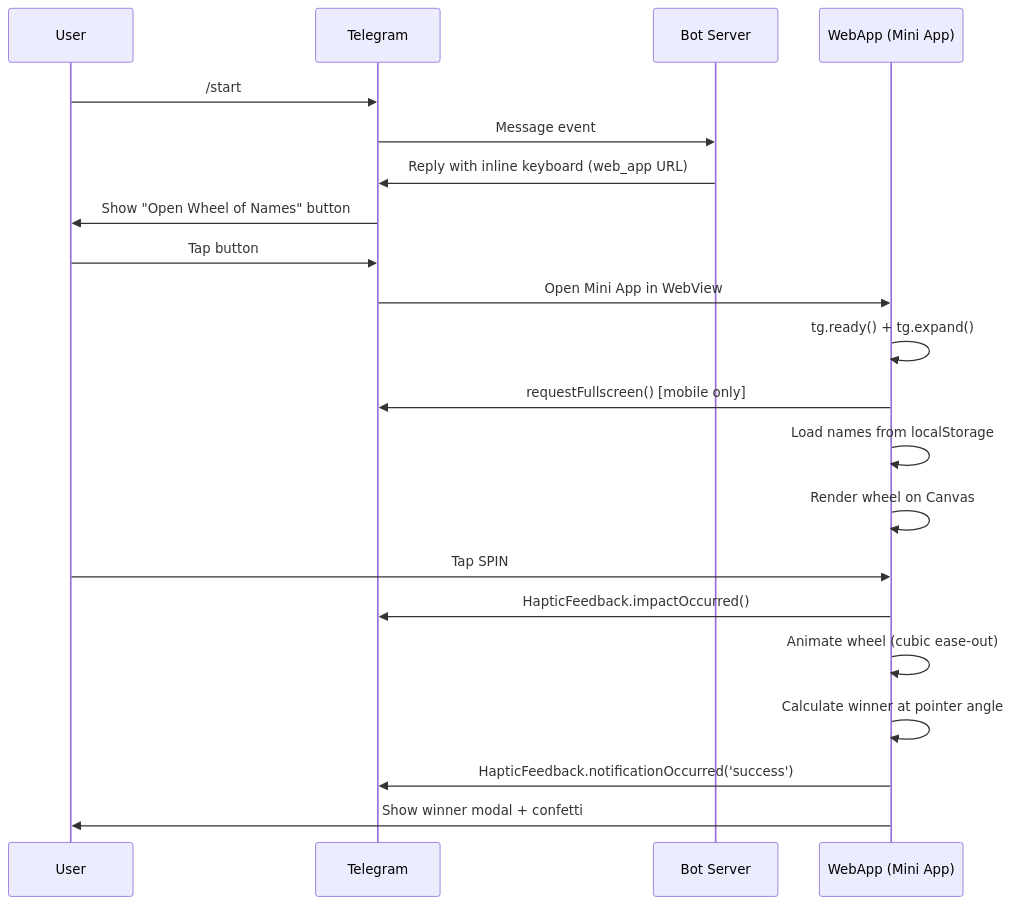
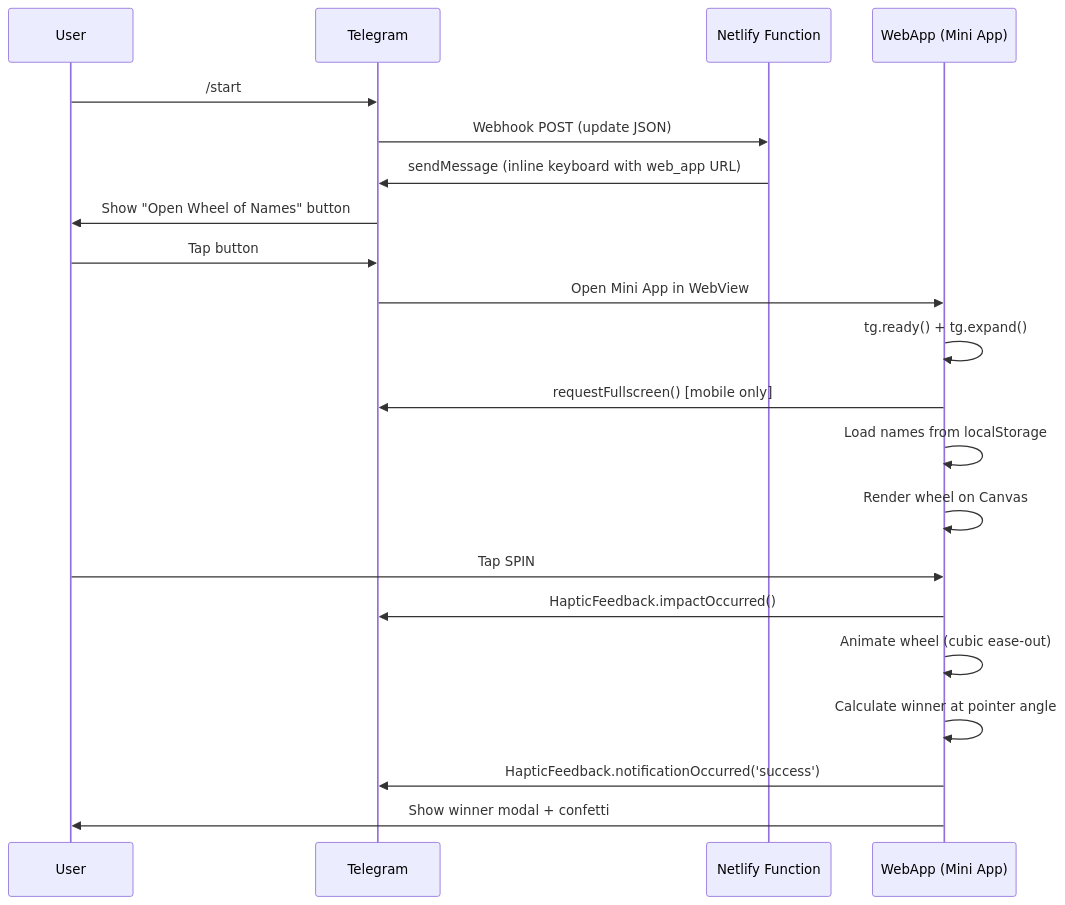
The second of 2 diagrams in README.md (superdeddy/wheel-of-names-app), drawn with Mermaid before and after one commit. The commit also changed other lines of this file and 7 other files, not shown here.

First line of the commit message:
feat: migrate bot to Netlify Functions (serverless webhook)

````diff
--- a/README.md
+++ b/README.md
@@ -128,25 +123,25 @@
 ```mermaid
 sequenceDiagram
     participant U as User
     participant T as Telegram
-    participant B as Bot Server
+    participant N as Netlify Function
     participant W as WebApp (Mini App)
 
     U->>T: /start
-    T->>B: Message event
-    B->>T: Reply with inline keyboard (web_app URL)
+    T->>N: Webhook POST (update JSON)
+    N->>T: sendMessage (inline keyboard with web_app URL)
     T->>U: Show "Open Wheel of Names" button
     U->>T: Tap button
     T->>W: Open Mini App in WebView
     W->>W: tg.ready() + tg.expand()
     W->>T: requestFullscreen() [mobile only]
     W->>W: Load names from localStorage
     W->>W: Render wheel on Canvas
 
     U->>W: Tap SPIN
     W->>T: HapticFeedback.impactOccurred()
     W->>W: Animate wheel (cubic ease-out)
     W->>W: Calculate winner at pointer angle
     W->>T: HapticFeedback.notificationOccurred('success')
     W->>U: Show winner modal + confetti
 ```
````
